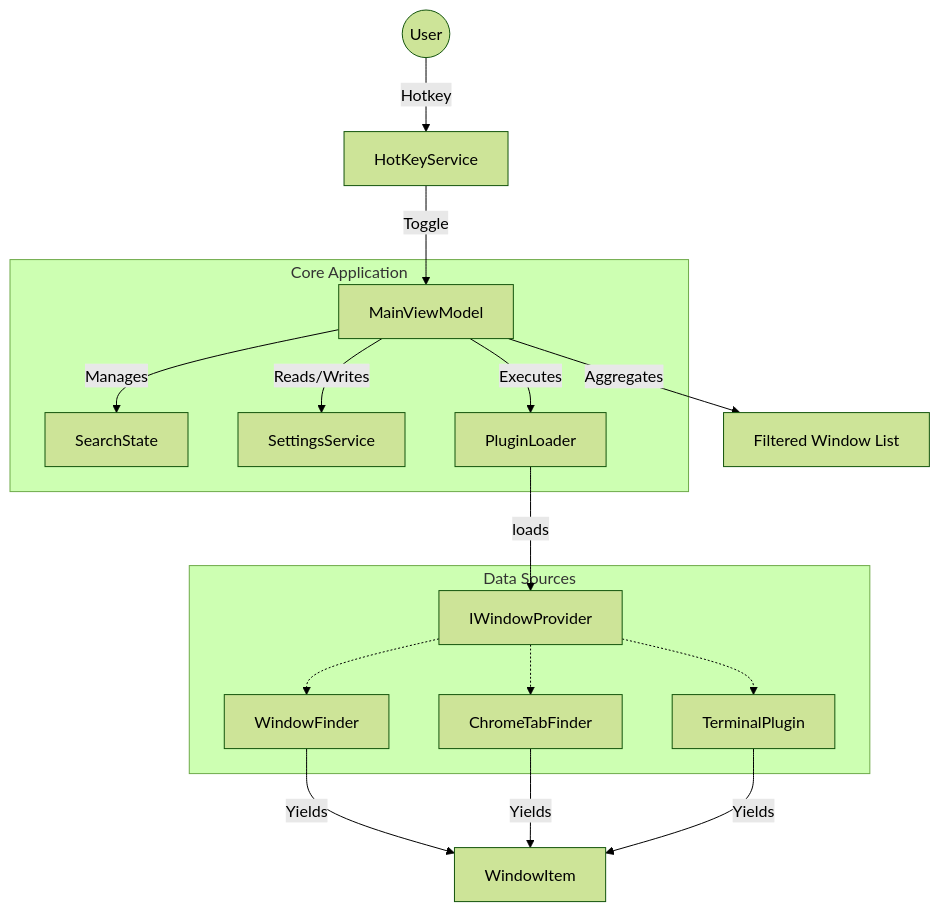
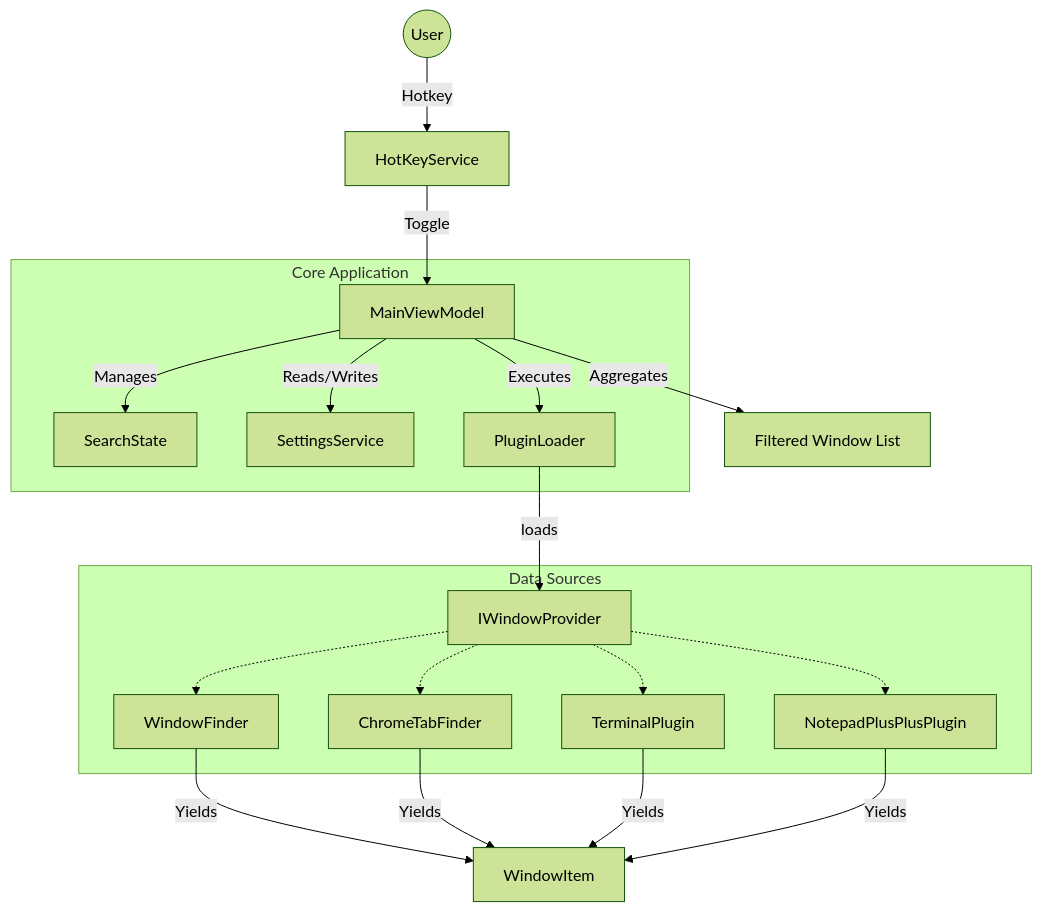
The first of 3 diagrams in README.md (jamesericwong/switchblade), drawn with Mermaid (forest theme) before and after one commit. The commit also changed other lines of this file and 12 other files, not shown here.

Commit message:
Add Notepad++ plugin for tab discovery

````diff
--- a/README.md
+++ b/README.md
@@ -24,23 +24,25 @@
 ```mermaid
 graph TD
     User((User)) -->|Hotkey| HotKeyService
     HotKeyService -->|Toggle| MainViewModel
     
     subgraph Core Application
         MainViewModel -->|Manages| SearchState
         MainViewModel -->|Reads/Writes| SettingsService
         MainViewModel -->|Executes| PluginLoader
     end
 
     subgraph Data Sources
         PluginLoader -->| loads | IWindowProvider
         IWindowProvider -.-> WindowFinder
         IWindowProvider -.-> ChromeTabFinder
         IWindowProvider -.-> TerminalPlugin
+        IWindowProvider -.-> NotepadPlusPlusPlugin
     end
 
     MainViewModel -->|Aggregates| WindowList[Filtered Window List]
     WindowFinder -->|Yields| WindowItem
     ChromeTabFinder -->|Yields| WindowItem
     TerminalPlugin -->|Yields| WindowItem
+    NotepadPlusPlusPlugin -->|Yields| WindowItem
 ```
````
